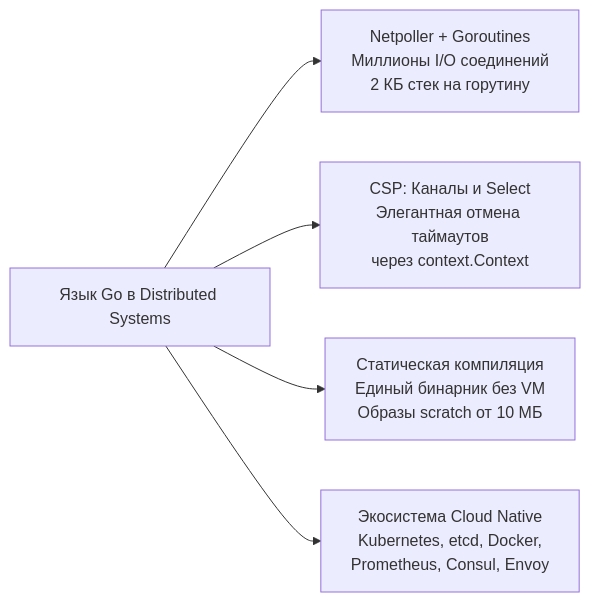
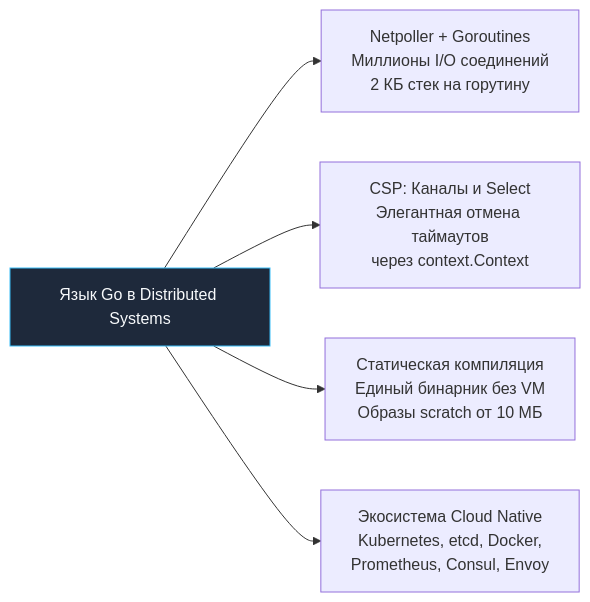
One commit to UnrealTemplier/go-textbook changed the second of 2 diagrams in sources/14. Распределенные системы на Go/10. Итог/1. Итоги раздела. Практика построения распределенных систем.md. Above: the diagram before and after it, drawn with Mermaid. The commit also changed other lines of this file and 1666 other files, not shown here.

First line of the commit message:
feat(mermaid): add semantic color classDef to 1369 colorless flowchart/graph diagrams

````diff
--- a/sources/14. Распределенные системы на Go/10. Итог/1. Итоги раздела. Практика построения распределенных систем.md
+++ b/sources/14. Распределенные системы на Go/10. Итог/1. Итоги раздела. Практика построения распределенных систем.md
@@ -106,8 +116,18 @@
 ```mermaid
 flowchart LR
-    Go["Язык Go в Distributed Systems"]
+    classDef process  fill:#1e293b,stroke:#38bdf8,stroke-width:1px,color:#f8fafc
+    classDef success  fill:#064e3b,stroke:#34d399,stroke-width:1px,color:#f8fafc
+    classDef error    fill:#7f1d1d,stroke:#f87171,stroke-width:1px,color:#f8fafc
+    classDef warning  fill:#78350f,stroke:#fbbf24,stroke-width:1px,color:#f8fafc
+    classDef entry    fill:#1e3a5f,stroke:#38bdf8,stroke-width:2px,color:#f8fafc
+    classDef aux      fill:#334155,stroke:#64748b,stroke-width:1px,color:#f8fafc
+    classDef system   fill:#312e81,stroke:#a78bfa,stroke-width:1px,color:#f8fafc
+    classDef data     fill:#132d29,stroke:#2dd4bf,stroke-width:1px,color:#f8fafc
+    classDef network  fill:#881337,stroke:#fb7185,stroke-width:1px,color:#f8fafc
+    classDef accent   fill:#1e1b4b,stroke:#818cf8,stroke-width:1px,color:#f8fafc
+    Go["Язык Go в Distributed Systems"]:::process
     Go --> G1["Netpoller + Goroutines<br>Миллионы I/O соединений<br>2 КБ стек на горутину"]
     Go --> G2["CSP: Каналы и Select<br>Элегантная отмена таймаутов<br>через context.Context"]
     Go --> G3["Статическая компиляция<br>Единый бинарник без VM<br>Образы scratch от 10 МБ"]
     Go --> G4["Экосистема Cloud Native<br>Kubernetes, etcd, Docker,<br>Prometheus, Consul, Envoy"]
 ```
````
